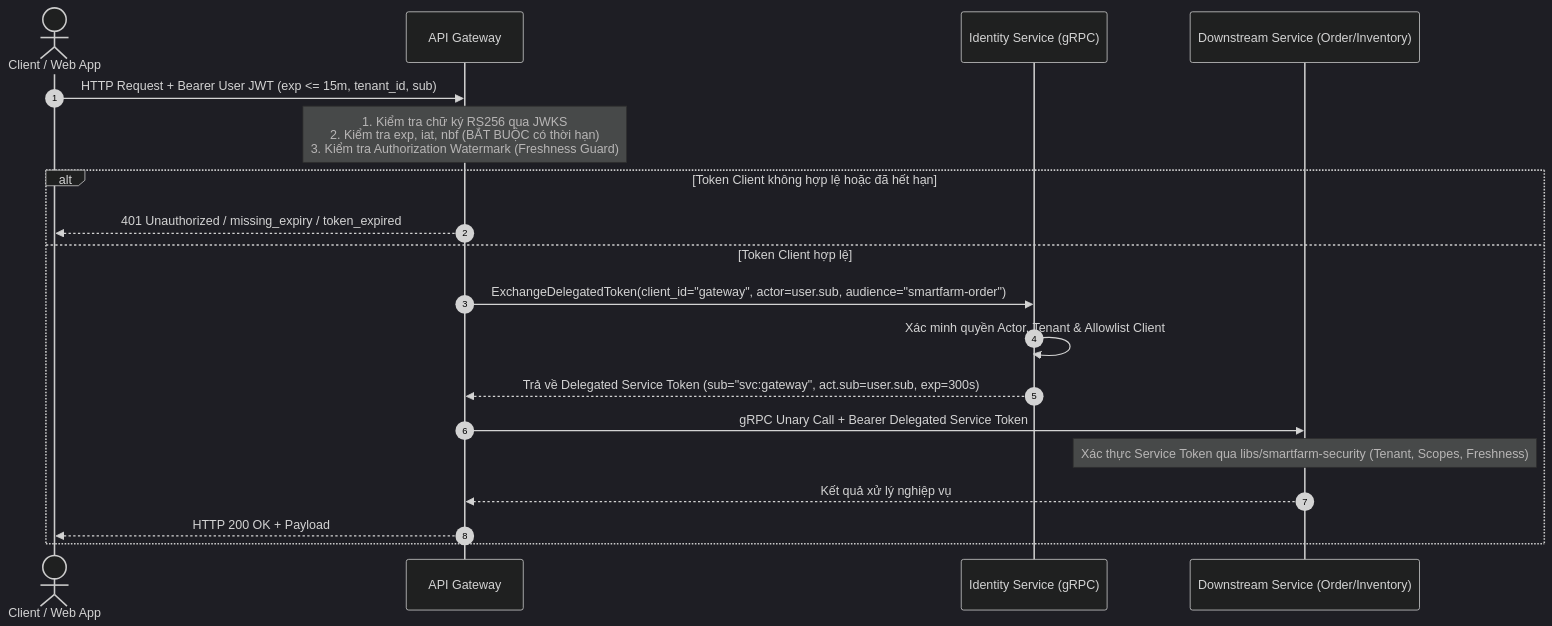
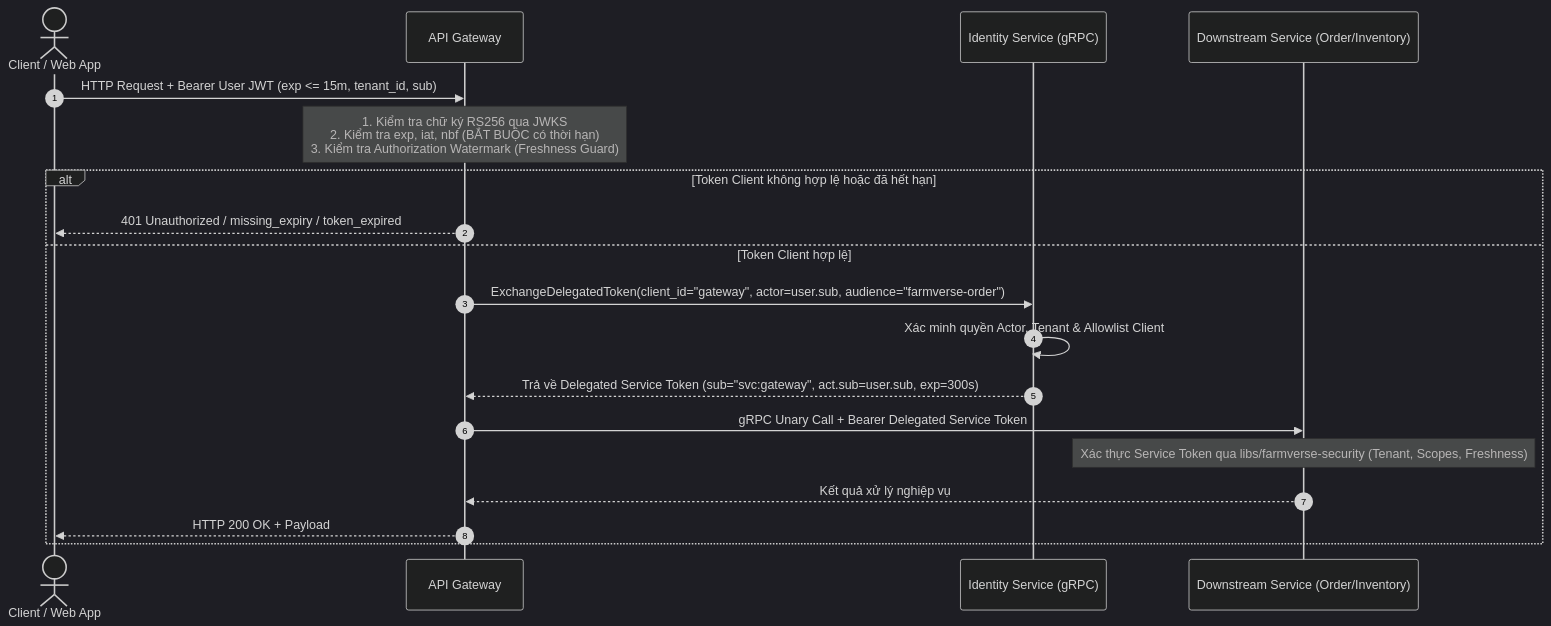
One commit to hatrongvu13/smartfarm-platform-maven-starter changed the second of 3 diagrams in docs/security/security-architecture.md. Above: the diagram before and after it, drawn with Mermaid (dark theme). The commit also changed other lines of this file and 1490 other files, not shown here.

````diff
--- a/docs/security/security-architecture.md
+++ b/docs/security/security-architecture.md
@@ -63,23 +63,23 @@
 ```mermaid
 sequenceDiagram
     autonumber
     actor User as Client / Web App
     participant GW as API Gateway
     participant ID as Identity Service (gRPC)
     participant SVC as Downstream Service (Order/Inventory)
 
     User->>GW: HTTP Request + Bearer User JWT (exp <= 15m, tenant_id, sub)
     Note over GW: 1. Kiểm tra chữ ký RS256 qua JWKS<br/>2. Kiểm tra exp, iat, nbf (BẮT BUỘC có thời hạn)<br/>3. Kiểm tra Authorization Watermark (Freshness Guard)
     
     alt Token Client không hợp lệ hoặc đã hết hạn
         GW-->>User: 401 Unauthorized / missing_expiry / token_expired
     else Token Client hợp lệ
-        GW->>ID: ExchangeDelegatedToken(client_id="gateway", actor=user.sub, audience="smartfarm-order")
+        GW->>ID: ExchangeDelegatedToken(client_id="gateway", actor=user.sub, audience="farmverse-order")
         ID->>ID: Xác minh quyền Actor, Tenant & Allowlist Client
         ID-->>GW: Trả về Delegated Service Token (sub="svc:gateway", act.sub=user.sub, exp=300s)
         GW->>SVC: gRPC Unary Call + Bearer Delegated Service Token
-        Note over SVC: Xác thực Service Token qua libs/smartfarm-security (Tenant, Scopes, Freshness)
+        Note over SVC: Xác thực Service Token qua libs/farmverse-security (Tenant, Scopes, Freshness)
         SVC-->>GW: Kết quả xử lý nghiệp vụ
         GW-->>User: HTTP 200 OK + Payload
     end
 ```
````
